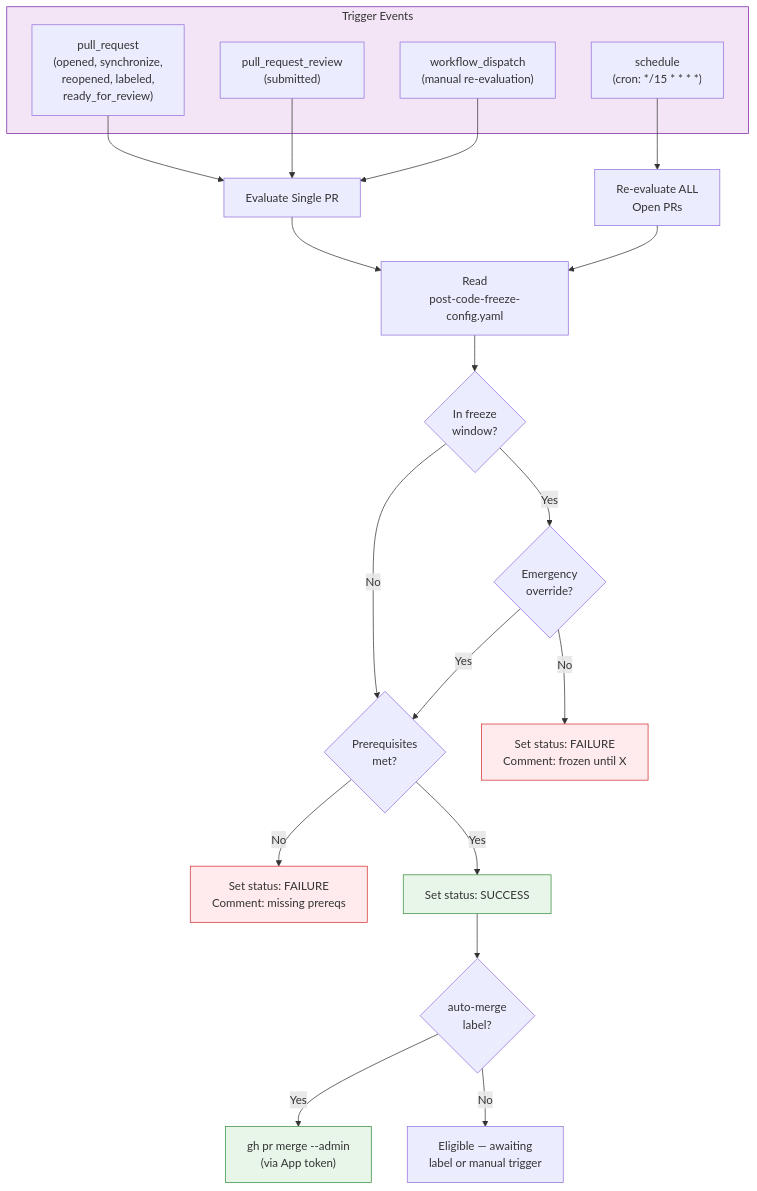
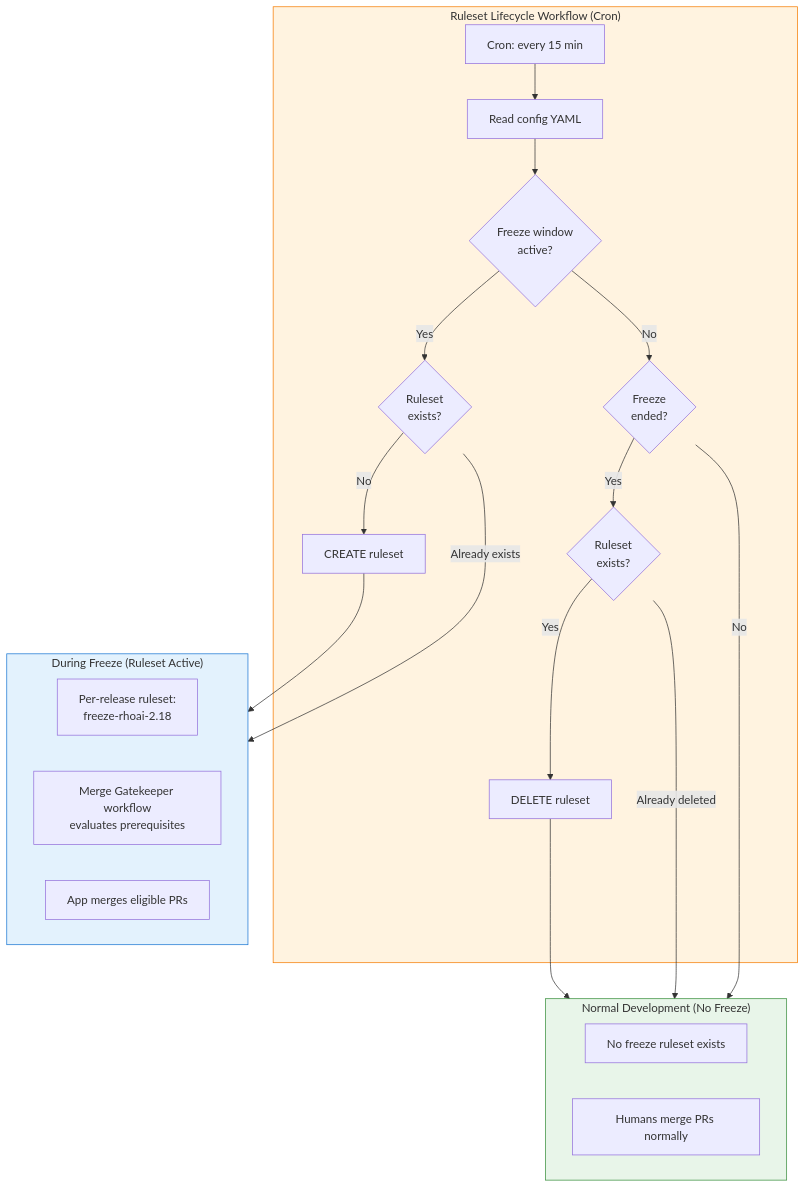
The first of 2 diagrams in doc/rfd/post-code-freeze-gatekeeper-design.md (opendatahub-io/odh-konflux-central), drawn with Mermaid before and after one commit. The commit also changed other lines of this file and 10 other files, not shown here.

````diff
--- a/doc/rfd/post-code-freeze-gatekeeper-design.md
+++ b/doc/rfd/post-code-freeze-gatekeeper-design.md
@@ -163,34 +41,38 @@
 ```mermaid
 flowchart TD
-    subgraph Triggers["Trigger Events"]
-        T1["pull_request\n(opened, synchronize,\nreopened, labeled,\nready_for_review)"]
-        T2["pull_request_review\n(submitted)"]
-        T3["schedule\n(cron: */15 * * * *)"]
-        T4["workflow_dispatch\n(manual re-evaluation)"]
+    subgraph Normal["Normal Development (No Freeze)"]
+        N1["No freeze ruleset exists"]
+        N2["Humans merge PRs normally"]
     end
 
-    T1 --> E["Evaluate Single PR"]
-    T2 --> E
-    T3 --> A["Re-evaluate ALL\nOpen PRs"]
-    T4 --> E
+    subgraph Lifecycle["Ruleset Lifecycle Workflow (Cron)"]
+        L1["Cron: every 15 min"]
+        L2["Read config YAML"]
+        L3{"Freeze window\nactive?"}
+        L4{"Ruleset\nexists?"}
+        L5["CREATE ruleset"]
+        L6{"Freeze\nended?"}
+        L7{"Ruleset\nexists?"}
+        L8["DELETE ruleset"]
+    end
 
-    E --> C1["Read\npost-code-freeze-config.yaml"]
-    A --> C1
+    subgraph Freeze["During Freeze (Ruleset Active)"]
+        F1["Per-release ruleset:\nfreeze-rhoai-2.18"]
+        F2["Merge Gatekeeper workflow\nevaluates prerequisites"]
+        F3["App merges eligible PRs"]
+    end
 
-    C1 --> C2{"In freeze\nwindow?"}
-    C2 -->|Yes| C3{"Emergency\noverride?"}
-    C2 -->|No| C4{"Prerequisites\nmet?"}
-    C3 -->|No| FAIL["Set status: FAILURE\nComment: frozen until X"]
-    C3 -->|Yes| C4
-    C4 -->|No| FAIL2["Set status: FAILURE\nComment: missing prereqs"]
-    C4 -->|Yes| PASS["Set status: SUCCESS"]
-    PASS --> M{"auto-merge\nlabel?"}
-    M -->|Yes| MERGE["gh pr merge --admin\n(via App token)"]
-    M -->|No| WAIT["Eligible — awaiting\nlabel or manual trigger"]
+    L1 --> L2 --> L3
+    L3 -->|Yes| L4
+    L4 -->|No| L5 --> Freeze
+    L4 -->|Already exists| Freeze
+    L3 -->|No| L6
+    L6 -->|Yes| L7
+    L7 -->|Yes| L8 --> Normal
+    L7 -->|Already deleted| Normal
+    L6 -->|No| Normal
 
-    style Triggers fill:#f3e5f5,stroke:#7b1fa2
-    style FAIL fill:#ffebee,stroke:#d32f2f
-    style FAIL2 fill:#ffebee,stroke:#d32f2f
-    style PASS fill:#e8f5e9,stroke:#388e3c
-    style MERGE fill:#e8f5e9,stroke:#388e3c
+    style Normal fill:#e8f5e9,stroke:#388e3c
+    style Lifecycle fill:#fff3e0,stroke:#f57c00
+    style Freeze fill:#e3f2fd,stroke:#1976d2
 ```
````
